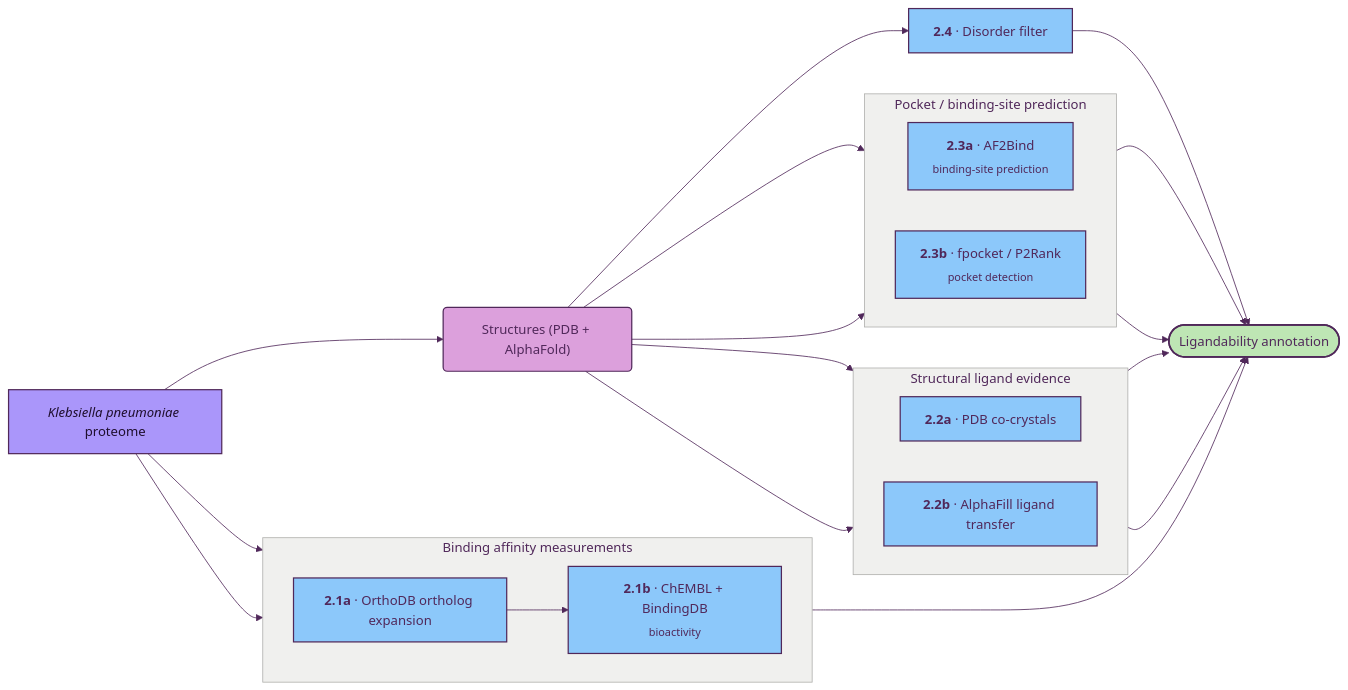
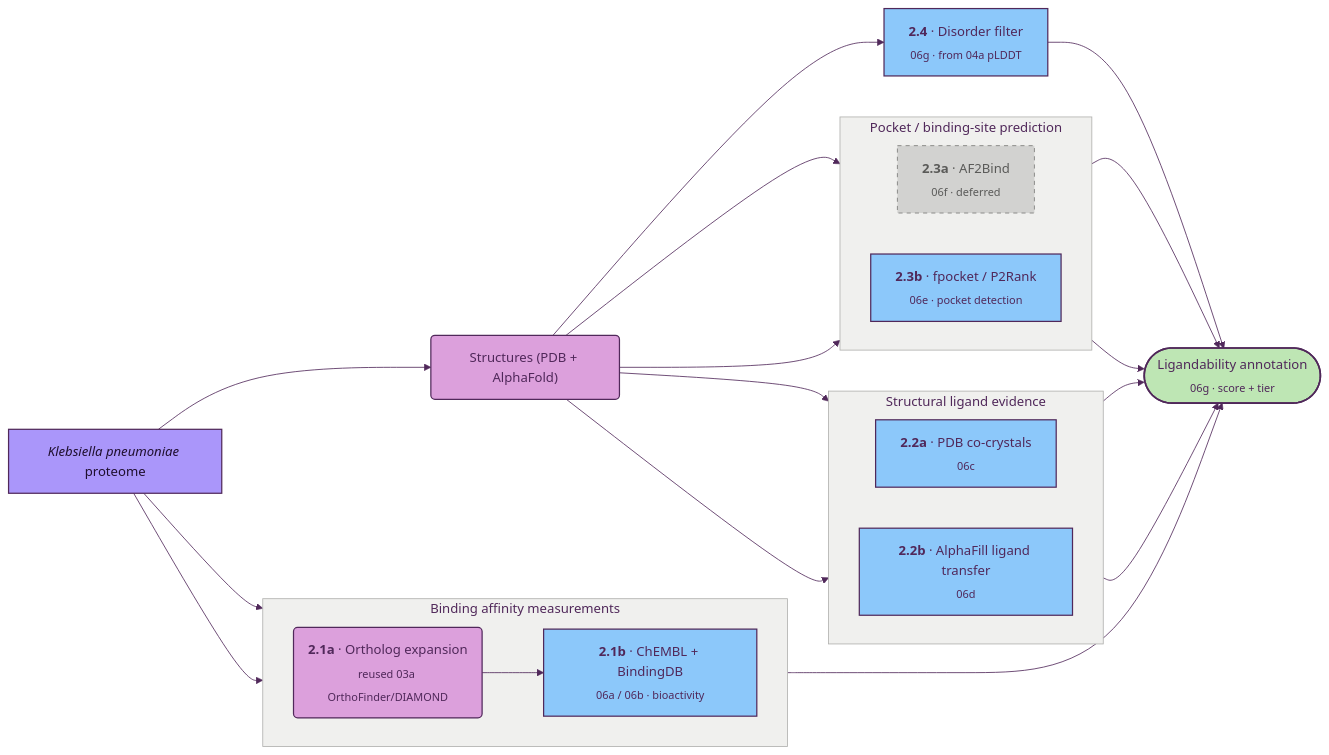
The diagram in docs/02_ligandability.md (ersilia-os/gradi-target-prioritization), drawn with Mermaid before and after one commit. The commit also changed other lines of this file and 44 other files, not shown here.

````diff
--- a/docs/02_ligandability.md
+++ b/docs/02_ligandability.md
@@ -5,55 +5,55 @@
 ```mermaid
 %%{init: {'theme':'base','themeVariables':{'primaryColor':'#FAD782','primaryBorderColor':'#50285A','primaryTextColor':'#50285A','lineColor':'#50285A','secondaryColor':'#8CC8FA','tertiaryColor':'#BEE6B4','clusterBkg':'#F0F0EE','clusterBorder':'#B0B0AE','titleColor':'#50285A','fontFamily':'Inter, system-ui, sans-serif'}}}%%
 flowchart LR
     classDef source    fill:#AA96FA,stroke:#50285A,stroke-width:1.5px,color:#1F0F2E
     classDef dataset   fill:#FAD782,stroke:#50285A,stroke-width:1.5px,color:#50285A
     classDef method    fill:#8CC8FA,stroke:#50285A,stroke-width:1.5px,color:#50285A
     classDef embedding fill:#AA96FA,stroke:#50285A,stroke-width:1.5px,color:#1F0F2E
     classDef result    fill:#BEE6B4,stroke:#50285A,stroke-width:2px,color:#50285A
     classDef tagnostic fill:#DCA0DC,stroke:#50285A,stroke-width:1.5px,color:#50285A
     classDef stub      fill:#FAA08C,stroke:#50285A,stroke-width:1.5px,stroke-dasharray:6 3,color:#50285A
     classDef planned   fill:#D2D2D0,stroke:#7A7A78,stroke-width:1px,stroke-dasharray:5 5,color:#5A5A58
 
     P["<i>Klebsiella pneumoniae</i> proteome"]:::source
 
     STR("Structures (PDB + AlphaFold)"):::tagnostic
 
     subgraph BIOACT [" Binding affinity measurements "]
         direction LR
-        ORTH["<b>2.1a</b> · OrthoDB ortholog expansion"]:::method
-        LIG["<b>2.1b</b> · ChEMBL + BindingDB<br/><sub>bioactivity</sub>"]:::method
+        ORTH("<b>2.1a</b> · Ortholog expansion<br/><sub>reused 03a OrthoFinder/DIAMOND</sub>"):::tagnostic
+        LIG["<b>2.1b</b> · ChEMBL + BindingDB<br/><sub>06a / 06b · bioactivity</sub>"]:::method
     end
 
     subgraph STRLIG [" Structural ligand evidence "]
         direction LR
-        COCR["<b>2.2a</b> · PDB co-crystals"]:::method
-        AFILL["<b>2.2b</b> · AlphaFill ligand transfer"]:::method
+        COCR["<b>2.2a</b> · PDB co-crystals<br/><sub>06c</sub>"]:::method
+        AFILL["<b>2.2b</b> · AlphaFill ligand transfer<br/><sub>06d</sub>"]:::method
     end
 
     subgraph POCKETS [" Pocket / binding-site prediction "]
         direction LR
-        BIND["<b>2.3a</b> · AF2Bind<br/><sub>binding-site prediction</sub>"]:::method
-        POCK["<b>2.3b</b> · fpocket / P2Rank<br/><sub>pocket detection</sub>"]:::method
+        BIND["<b>2.3a</b> · AF2Bind<br/><sub>06f · deferred</sub>"]:::planned
+        POCK["<b>2.3b</b> · fpocket / P2Rank<br/><sub>06e · pocket detection</sub>"]:::method
     end
 
     P --> ORTH
     ORTH --> LIG
     P --> LIG
 
     P --> STR
 
     STR --> COCR
     STR --> AFILL
 
     STR --> BIND
     STR --> POCK
 
-    STR --> DIS["<b>2.4</b> · Disorder filter"]:::method
+    STR --> DIS["<b>2.4</b> · Disorder filter<br/><sub>06g · from 04a pLDDT</sub>"]:::method
 
-    LIG   --> SCORE(["Ligandability annotation"]):::result
+    LIG   --> SCORE(["Ligandability annotation<br/><sub>06g · score + tier</sub>"]):::result
     COCR  --> SCORE
     AFILL --> SCORE
     BIND  --> SCORE
     POCK  --> SCORE
     DIS   --> SCORE
 ```
````
